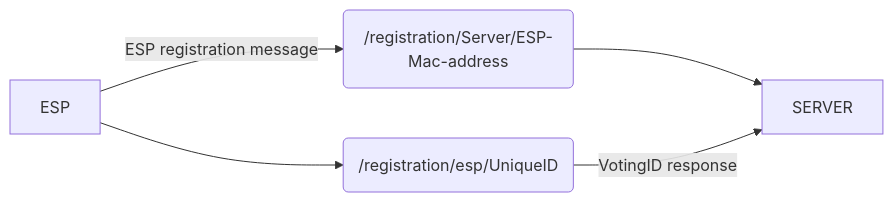
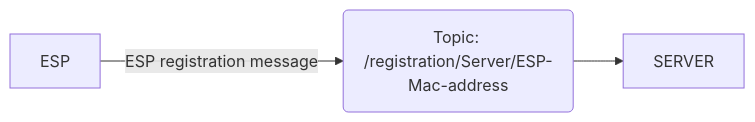
The first of 2 diagrams in C/International-Sensor-Development-Project-TX00CR41-3007/readme.md (MagnusLii/C-Programming-in-IoT-Devices-TX00EX72-3001), drawn with Mermaid before and after one commit. The commit also changed other lines of this file, not shown here.

````diff
--- a/C/International-Sensor-Development-Project-TX00CR41-3007/readme.md
+++ b/C/International-Sensor-Development-Project-TX00CR41-3007/readme.md
@@ -18,7 +19,5 @@
 ```mermaid
 graph LR
-A[ESP] -- ESP registration message --> B(/registration/Server/ESP-Mac-address)
-A --> C(/registration/esp/UniqueID)
+A[ESP] -- ESP registration message --> B(Topic: /registration/Server/ESP-Mac-address)
 B --> D[SERVER]
-C -- VotingID response --> D
 ```
````
